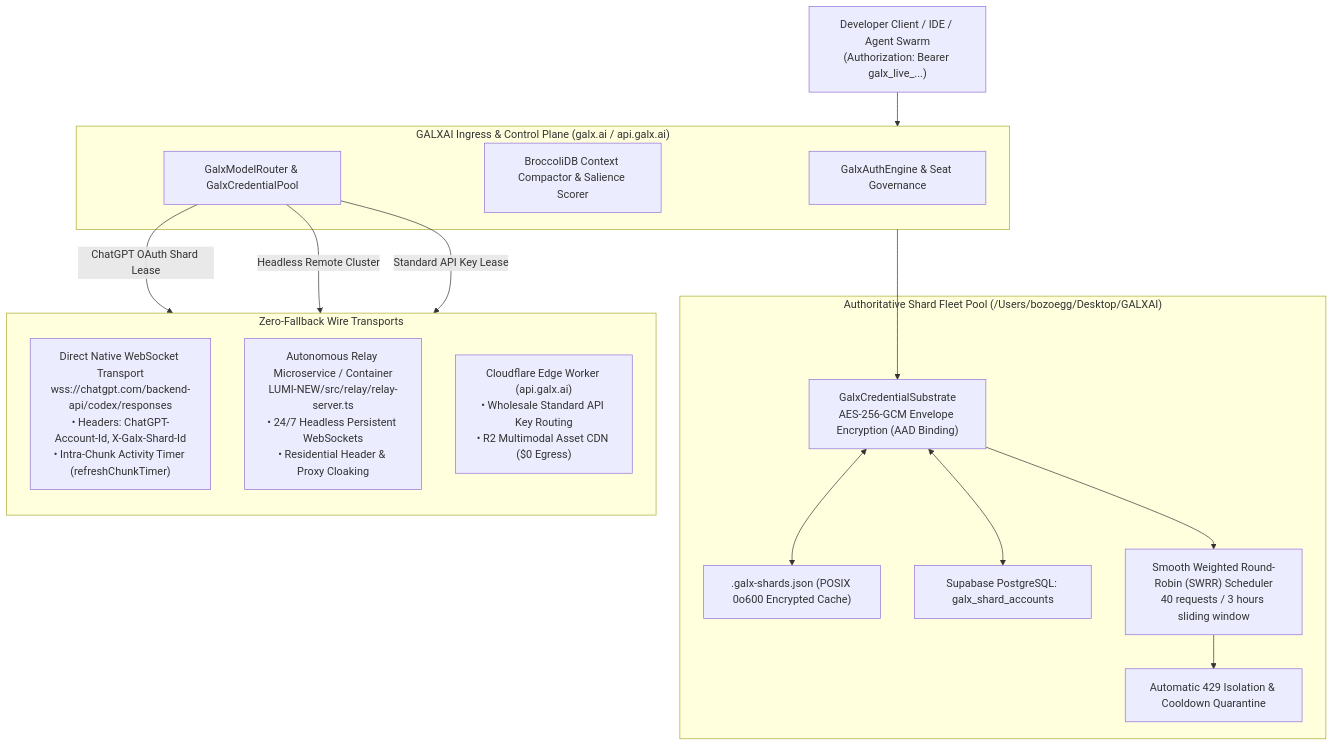
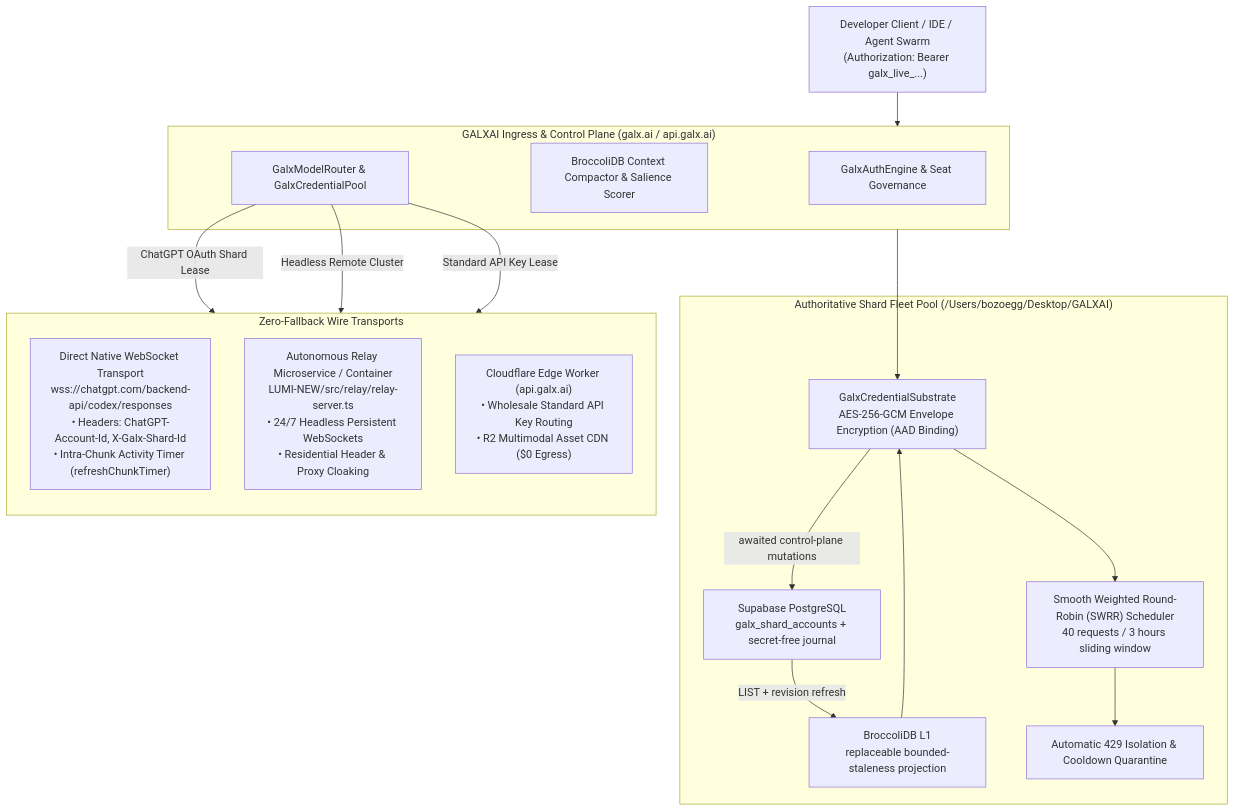
One commit to CardSorting/GALXAI changed the diagram in docs/LUMI.md. Above: the diagram before and after it, drawn with Mermaid. The commit also changed other lines of this file and 13 other files, not shown here.

````diff
--- a/docs/LUMI.md
+++ b/docs/LUMI.md
@@ -44,36 +44,37 @@
 ```mermaid
 flowchart TD
     Client["Developer Client / IDE / Agent Swarm<br>(Authorization: Bearer galx_live_...)"]
 
     subgraph Gateway["GALXAI Ingress & Control Plane (galx.ai / api.galx.ai)"]
         Auth["GalxAuthEngine & Seat Governance"]
         Compactor["BroccoliDB Context Compactor & Salience Scorer"]
         Router["GalxModelRouter & GalxCredentialPool"]
     end
 
     subgraph ShardFleet["Authoritative Shard Fleet Pool (/Users/bozoegg/Desktop/GALXAI)"]
         Substrate["GalxCredentialSubstrate<br>AES-256-GCM Envelope Encryption (AAD Binding)"]
-        LocalDisk[".galx-shards.json (POSIX 0o600 Encrypted Cache)"]
-        SupaDB["Supabase PostgreSQL: galx_shard_accounts"]
+        SupaDB["Supabase PostgreSQL<br>galx_shard_accounts + secret-free journal"]
+        Projection["BroccoliDB L1<br>replaceable bounded-staleness projection"]
         SWRR["Smooth Weighted Round-Robin (SWRR) Scheduler<br>40 requests / 3 hours sliding window"]
         Quarantine["Automatic 429 Isolation & Cooldown Quarantine"]
     end
 
     subgraph WireExecution["Zero-Fallback Wire Transports"]
         direction TB
         WS["Direct Native WebSocket Transport<br>wss://chatgpt.com/backend-api/codex/responses<br>• Headers: ChatGPT-Account-Id, X-Galx-Shard-Id<br>• Intra-Chunk Activity Timer (refreshChunkTimer)"]
         Relay["Autonomous Relay Microservice / Container<br>LUMI-NEW/src/relay/relay-server.ts<br>• 24/7 Headless Persistent WebSockets<br>• Residential Header & Proxy Cloaking"]
         EdgeWorker["Cloudflare Edge Worker (api.galx.ai)<br>• Wholesale Standard API Key Routing<br>• R2 Multimodal Asset CDN ($0 Egress)"]
     end
 
     Client --> Gateway
     Gateway --> Substrate
-    Substrate <--> LocalDisk
-    Substrate <--> SupaDB
+    Substrate -->|awaited control-plane mutations| SupaDB
+    SupaDB -->|LIST + revision refresh| Projection
+    Projection --> Substrate
     Substrate --> SWRR
     SWRR --> Quarantine
 
     Router -->|ChatGPT OAuth Shard Lease| WS
     Router -->|Headless Remote Cluster| Relay
     Router -->|Standard API Key Lease| EdgeWorker
 ```
````
